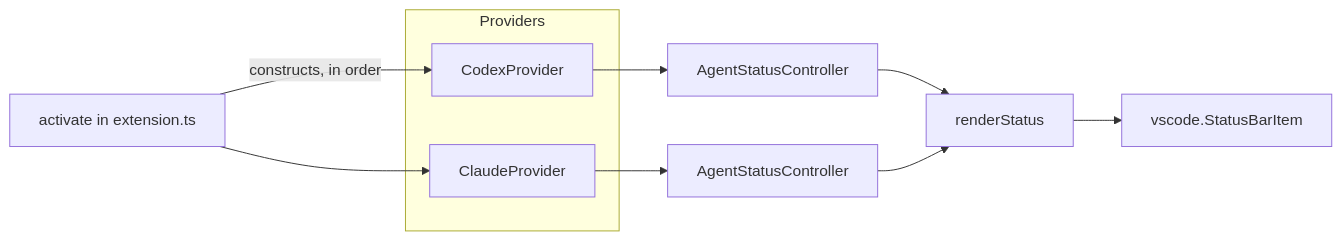
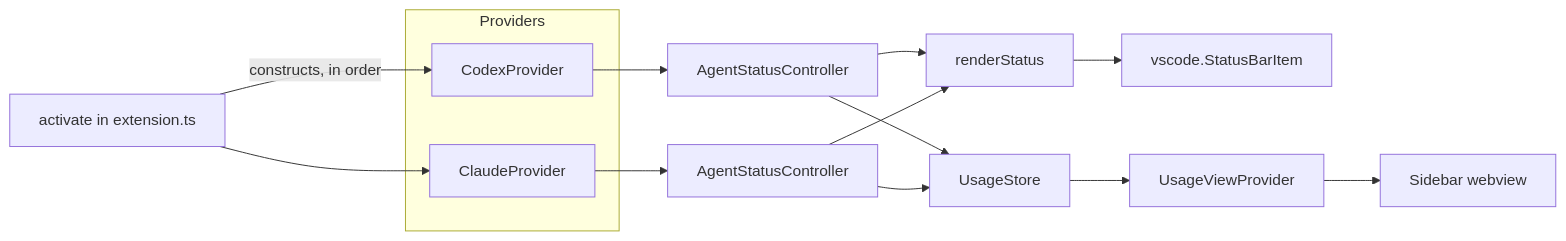
Before and after one commit to joaomariok/ai-status-bar: the diagram in docs/architecture.md, drawn with Mermaid. The commit also changed other lines of this file and 20 other files, not shown here.

Commit message:
feat: add sidebar usage panel with real bars

````diff
--- a/docs/architecture.md
+++ b/docs/architecture.md
@@ -8,14 +9,18 @@
 ```mermaid
 flowchart LR
     activate[activate in extension.ts] -->|constructs, in order| Codex
     activate --> Claude
     subgraph Providers
         Codex[CodexProvider]
         Claude[ClaudeProvider]
     end
     Codex --> Controller1[AgentStatusController]
     Claude --> Controller2[AgentStatusController]
     Controller1 --> Renderer[renderStatus]
     Controller2 --> Renderer
     Renderer --> StatusBar[vscode.StatusBarItem]
+    Controller1 --> Store[UsageStore]
+    Controller2 --> Store
+    Store --> ViewProvider[UsageViewProvider]
+    ViewProvider --> Panel[Sidebar webview]
 ```
````
